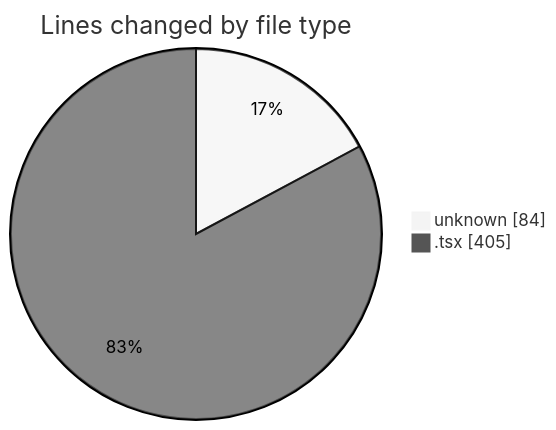
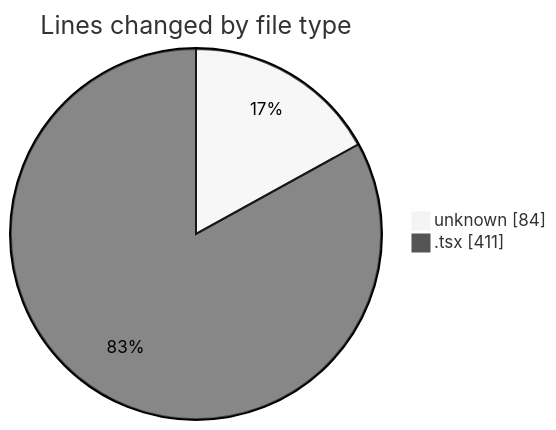
One commit to Elitesun/code-tracking changed the first of 2 diagrams in 2025-05-15/niten/README.md. Above: the diagram before and after it, drawn with Mermaid (neutral theme). The commit also changed other lines of this file and 1 other file, not shown here.

````diff
--- a/2025-05-15/niten/README.md
+++ b/2025-05-15/niten/README.md
@@ -23,6 +23,6 @@
 ```mermaid
 pie showData
 title Lines changed by file type
 "unknown" : 84
-".tsx" : 405
+".tsx" : 411
 ```
````
